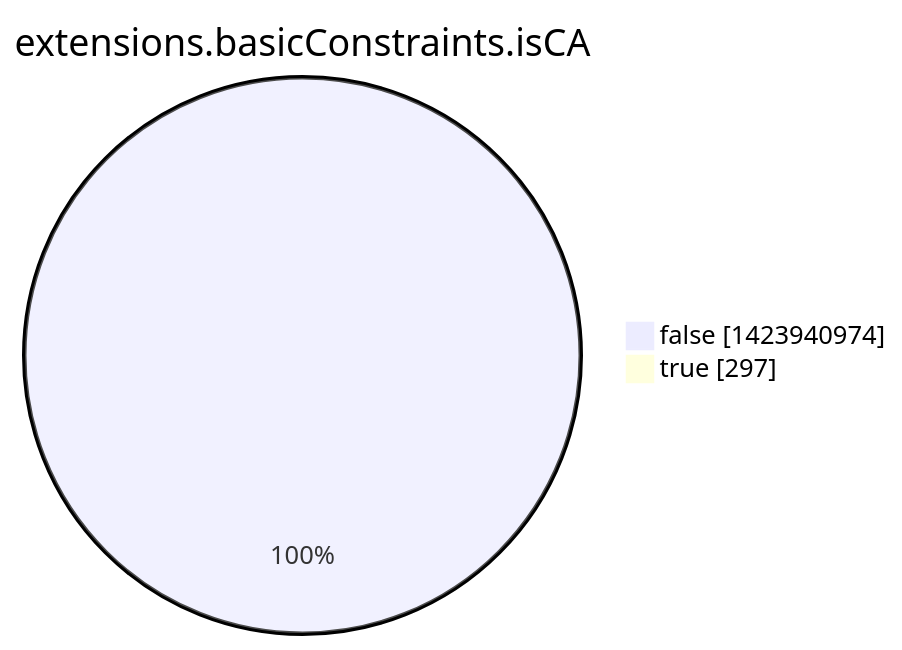
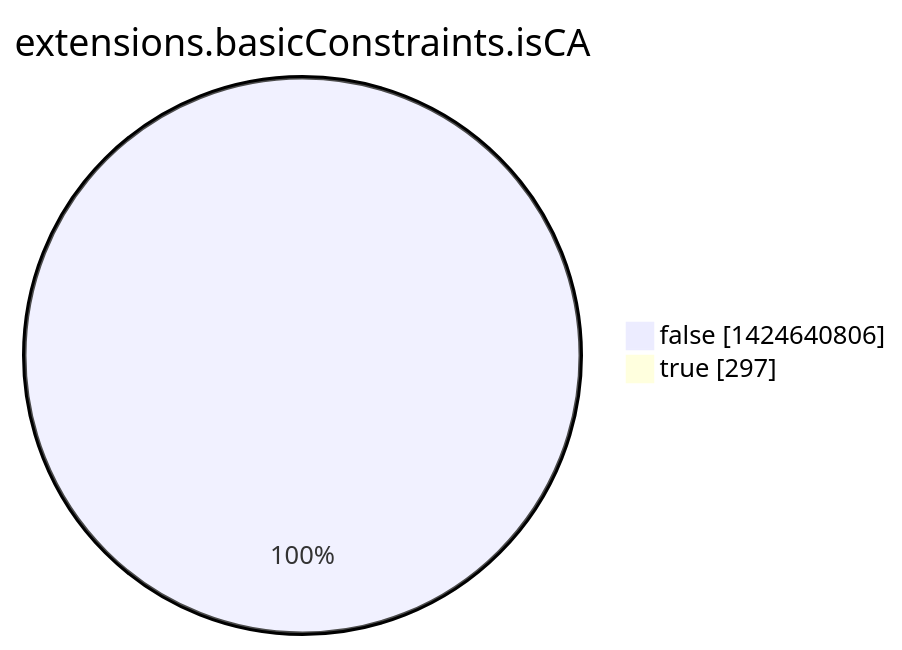
Before and after one commit to christiankrug/ctmonitor_visualization: the eighth of 15 diagrams in argon2022/README.md, drawn with Mermaid. The commit also changed other lines of this file, not shown here.

````diff
--- a/argon2022/README.md
+++ b/argon2022/README.md
@@ -2760,6 +2760,6 @@
 ```mermaid
 pie showData
 title extensions.basicConstraints.isCA
-"false" :1423940974
+"false" :1424640806
 "true" :297
 ```
````
